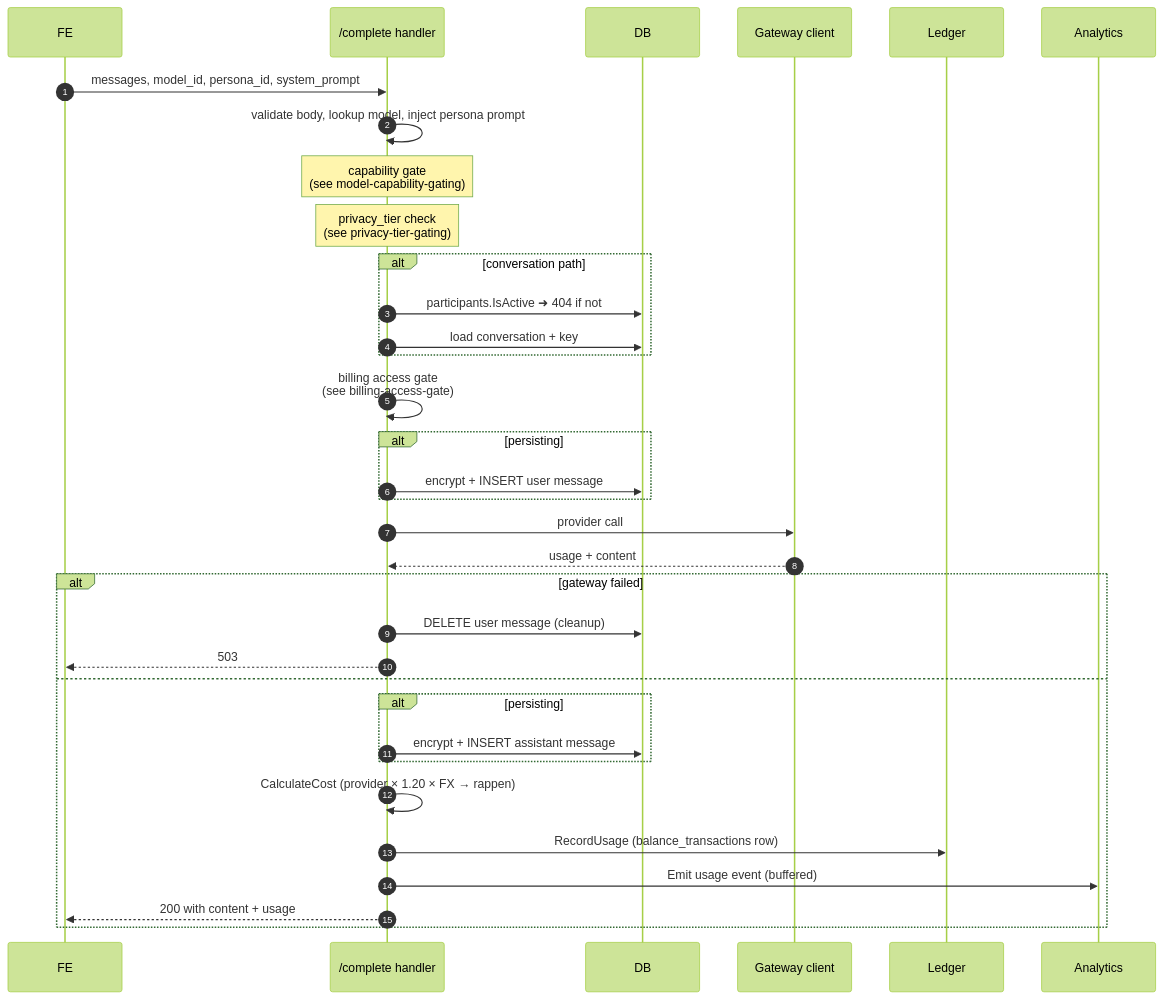
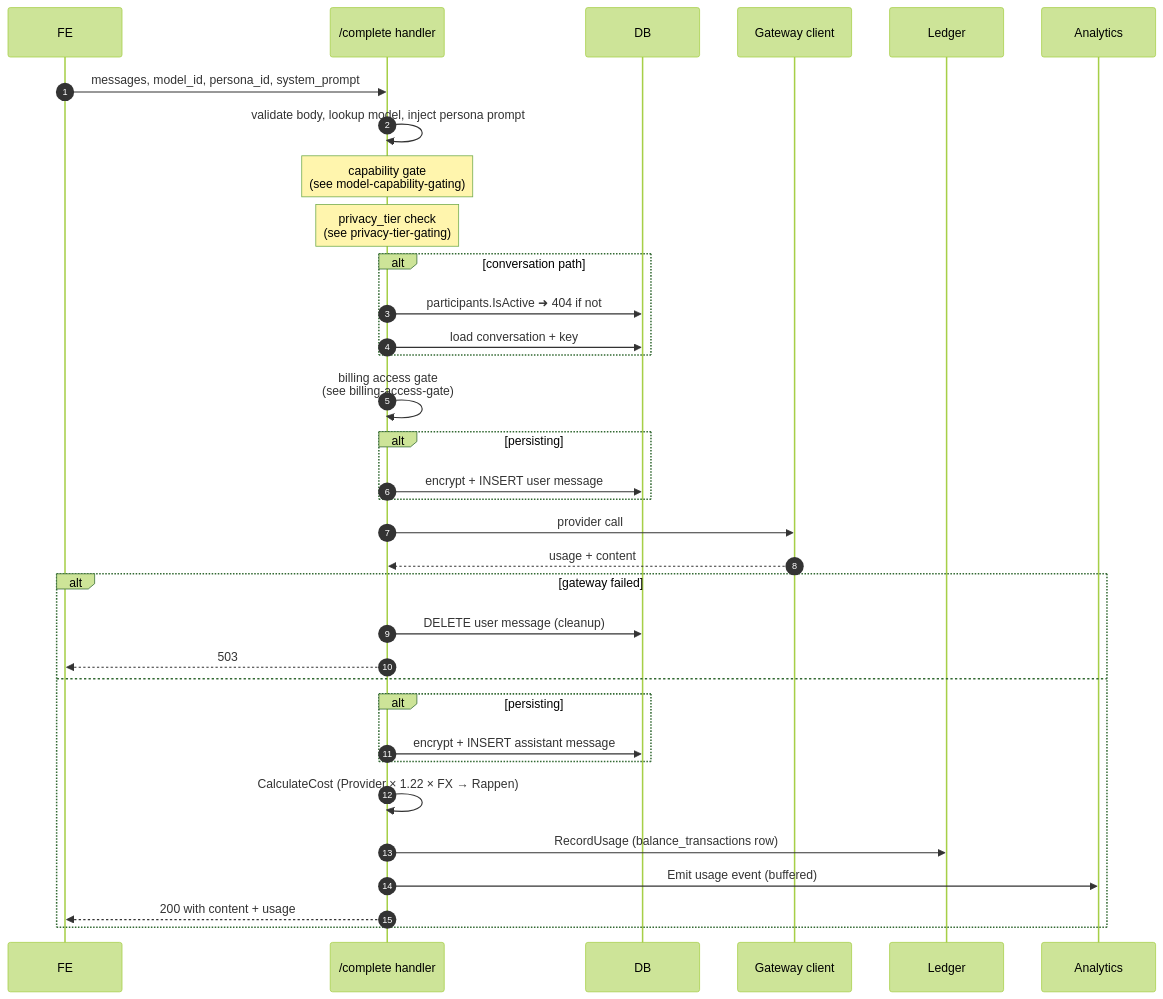
Before and after one commit to cognos-io/chat.cognos.io: the diagram in docs/business_processes/completion-pipeline.md, drawn with Mermaid (forest theme). The commit also changed 35 other files, not shown here.

````diff
--- a/docs/business_processes/completion-pipeline.md
+++ b/docs/business_processes/completion-pipeline.md
@@ -13,37 +13,37 @@
 ```mermaid
 sequenceDiagram
   autonumber
   participant FE
   participant H as /complete handler
   participant DB
   participant GW as Gateway client
   participant L as Ledger
   participant A as Analytics
 
   FE->>H: messages, model_id, persona_id, system_prompt
   H->>H: validate body, lookup model, inject persona prompt
   Note over H: capability gate<br/>(see model-capability-gating)
   Note over H: privacy_tier check<br/>(see privacy-tier-gating)
   alt conversation path
     H->>DB: participants.IsActive ➜ 404 if not
     H->>DB: load conversation + key
   end
   H->>H: billing access gate<br/>(see billing-access-gate)
   alt persisting
     H->>DB: encrypt + INSERT user message
   end
   H->>GW: provider call
   GW-->>H: usage + content
   alt gateway failed
     H->>DB: DELETE user message (cleanup)
     H-->>FE: 503
   else
     alt persisting
       H->>DB: encrypt + INSERT assistant message
     end
-    H->>H: CalculateCost (provider × 1.20 × FX → rappen)
+    H->>H: CalculateCost (Provider × 1.22 × FX → Rappen)
     H->>L: RecordUsage (balance_transactions row)
     H->>A: Emit usage event (buffered)
     H-->>FE: 200 with content + usage
   end
 ```
````
